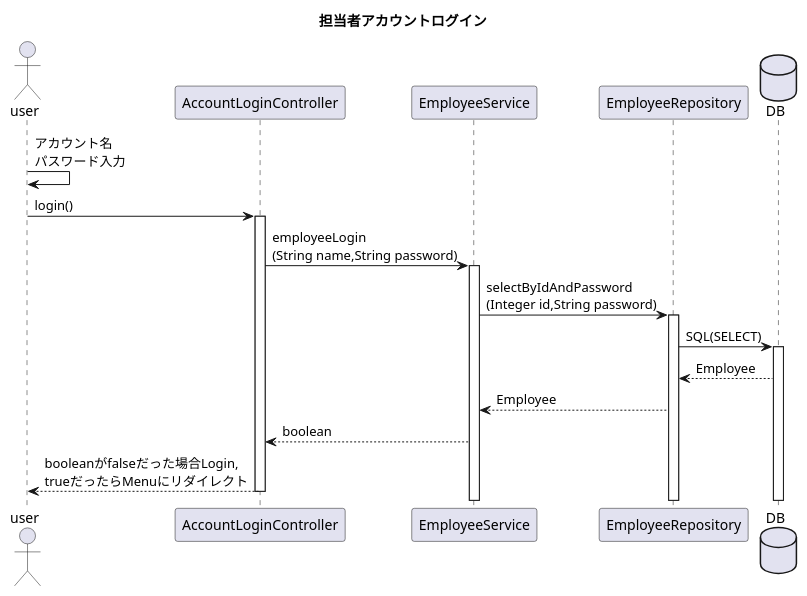
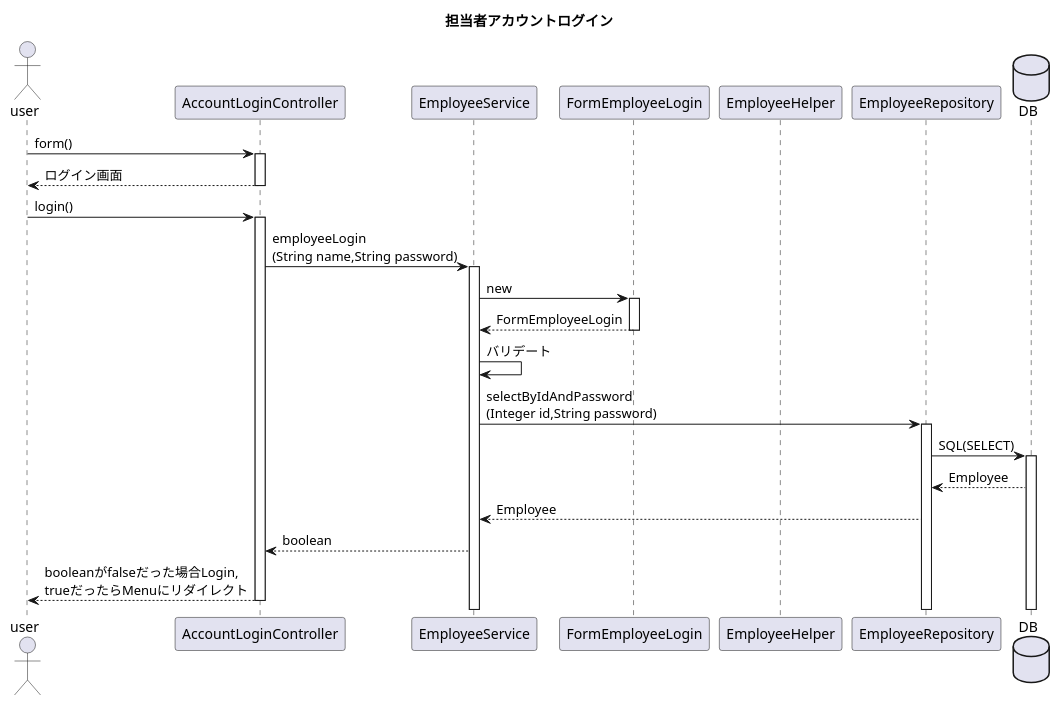
Before and after one commit to kanavii3333/ec-b: the diagram in plan/uml/sequence/uc017.plantuml, drawn with PlantUML. The commit also changed 6 other files, not shown here.

Commit message:
シーケンス図修正　helper form関連

```diff
--- a/plan/uml/sequence/uc017.plantuml
+++ b/plan/uml/sequence/uc017.plantuml
@@ -1,19 +1,25 @@
 @startuml
 title 担当者アカウントログイン
 actor user
 participant AccountLoginController as Controller
 participant EmployeeService as Service
+participant FormEmployeeLogin as Form
+participant EmployeeHelper as Helper
 participant EmployeeRepository as Repository
 database DB
 
-user -> user:アカウント名\nパスワード入力
+user -> Controller++:form()
+user <-- Controller--:ログイン画面
 user -> Controller++:login()
 Controller -> Service++:employeeLogin\n(String name,String password)
+Service -> Form++:new
+Service <-- Form--:FormEmployeeLogin
+Service -> Service:バリデート
 Service -> Repository++:selectByIdAndPassword\n(Integer id,String password)
 Repository -> DB++:SQL(SELECT)
 Repository <-- DB:Employee
 Service <-- Repository:Employee
 Controller <-- Service:boolean
 user <-- Controller--:booleanがfalseだった場合Login,\ntrueだったらMenuにリダイレクト
 
 @enduml
```
